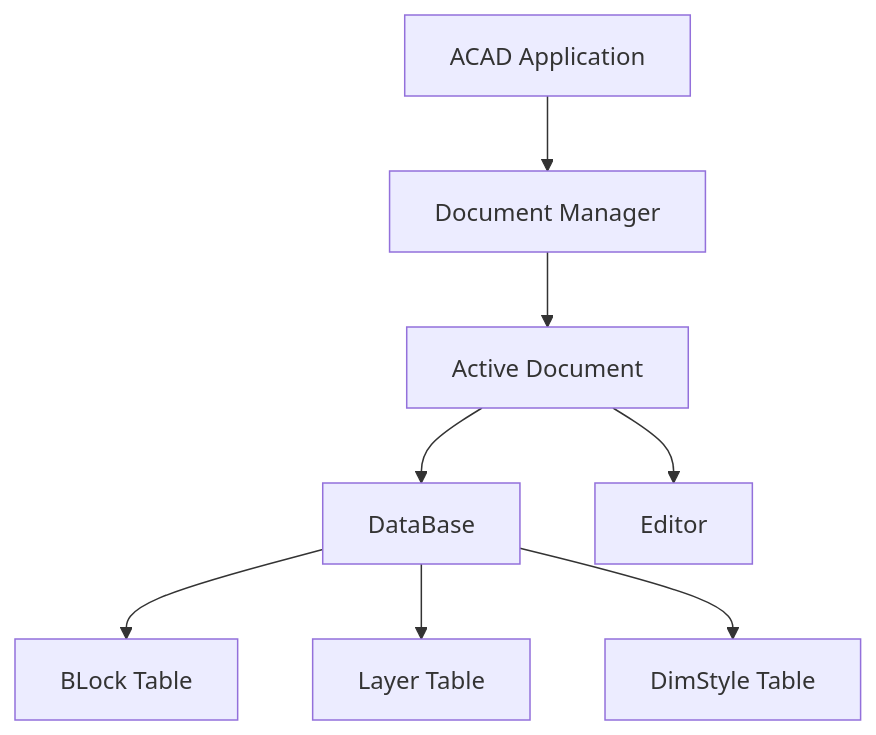
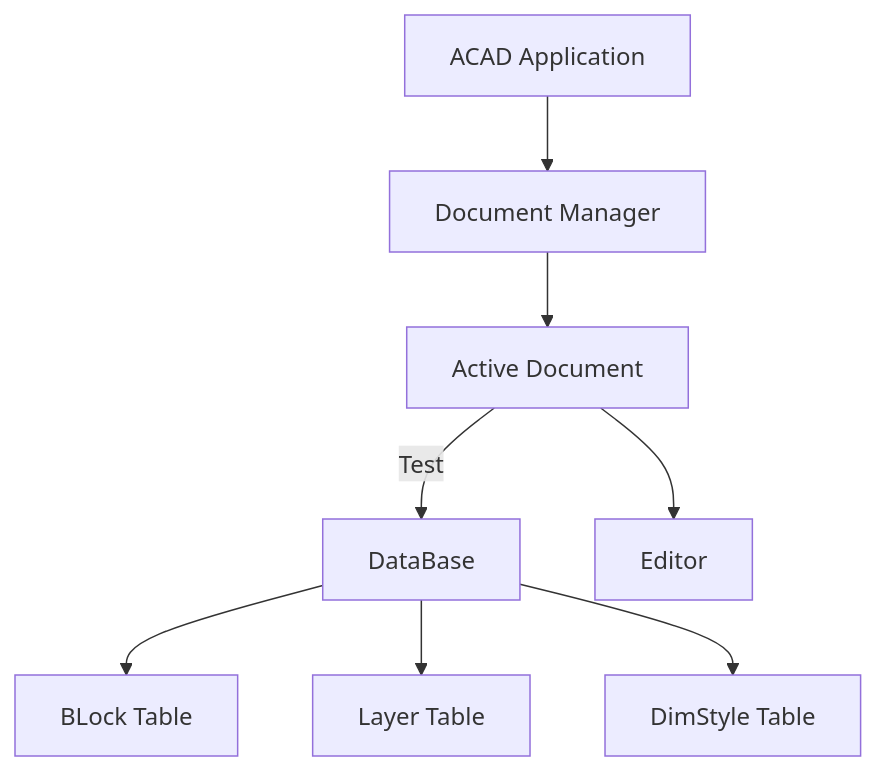
One commit to NodesAutomations/CSharp changed the diagram in Autocad/Doc/AutoCAD Object Model.md. Above: the diagram before and after it, drawn with Mermaid.

Commit message:
Update AutoCAD Object Model.md

````diff
--- a/Autocad/Doc/AutoCAD Object Model.md
+++ b/Autocad/Doc/AutoCAD Object Model.md
@@ -2,10 +2,10 @@
 ```mermaid
 graph TD
 A[ACAD Application]-->B[Document Manager]
 B-->C[Active Document]
-C-->D[DataBase]
+C-->|Test|D[DataBase]
 C-->E[Editor]
 D-->F[BLock Table]
 D-->G[Layer Table]
 D-->H[DimStyle Table]
 ```
````
